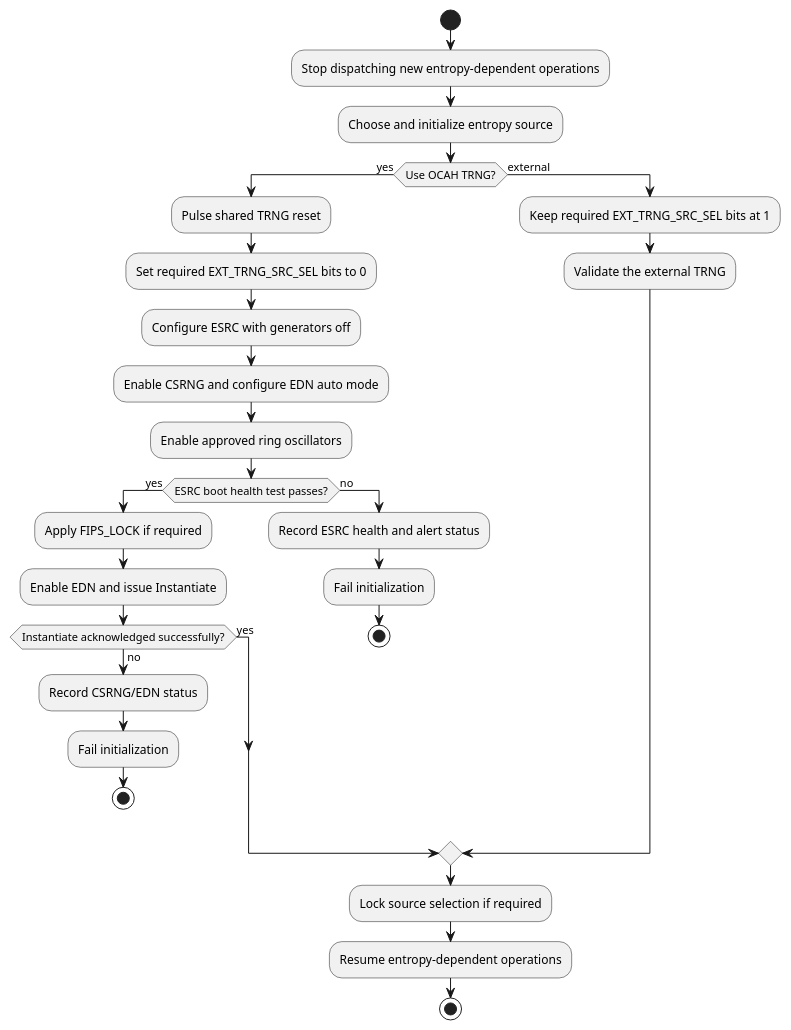
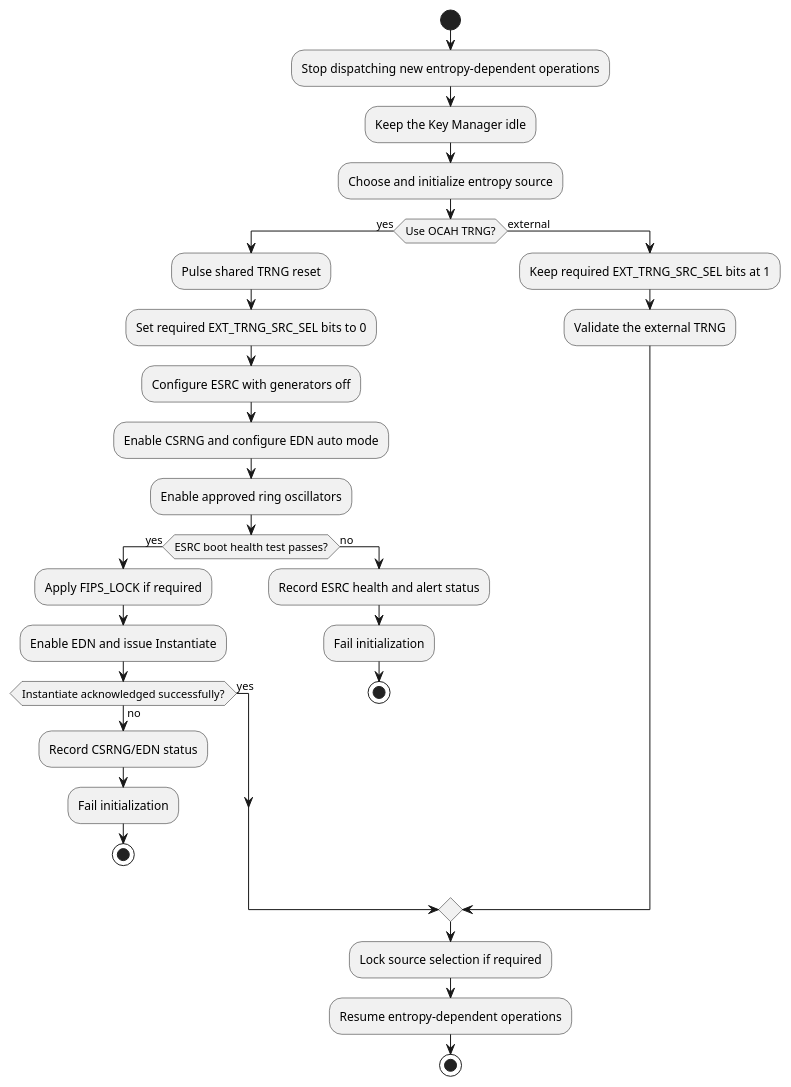
One commit to tenstorrent/tt-oca-harness changed the diagram in doc/programmer/src/index.adoc. Above: the diagram before and after it, drawn with PlantUML. The commit also changed other lines of this file and 3 other files, not shown here.

First line of the commit message:
doc: Require the Key Manager idle before a SEP TRNG reset

```diff
--- a/doc/programmer/src/index.adoc
+++ b/doc/programmer/src/index.adoc
@@ -118,35 +118,36 @@
 [plantuml,ocah-trng-bring-up,svg]
 ----
 @startuml
 start
 :Stop dispatching new entropy-dependent operations;
+:Keep the Key Manager idle;
 :Choose and initialize entropy source;
 if (Use OCAH TRNG?) then (yes)
   :Pulse shared TRNG reset;
   :Set required EXT_TRNG_SRC_SEL bits to 0;
   :Configure ESRC with generators off;
   :Enable CSRNG and configure EDN auto mode;
   :Enable approved ring oscillators;
   if (ESRC boot health test passes?) then (yes)
     :Apply FIPS_LOCK if required;
     :Enable EDN and issue Instantiate;
     if (Instantiate acknowledged successfully?) then (yes)
     else (no)
       :Record CSRNG/EDN status;
       :Fail initialization;
       stop
     endif
   else (no)
     :Record ESRC health and alert status;
     :Fail initialization;
     stop
   endif
 else (external)
   :Keep required EXT_TRNG_SRC_SEL bits at 1;
   :Validate the external TRNG;
 endif
 :Lock source selection if required;
 :Resume entropy-dependent operations;
 stop
 @enduml
 ----
```
